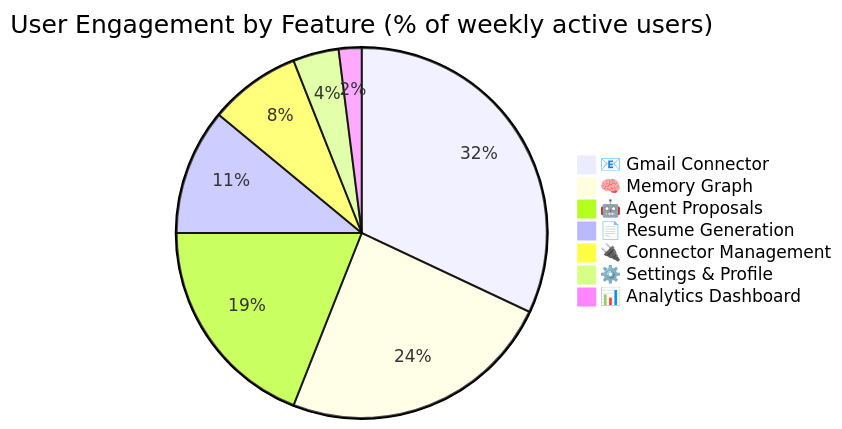
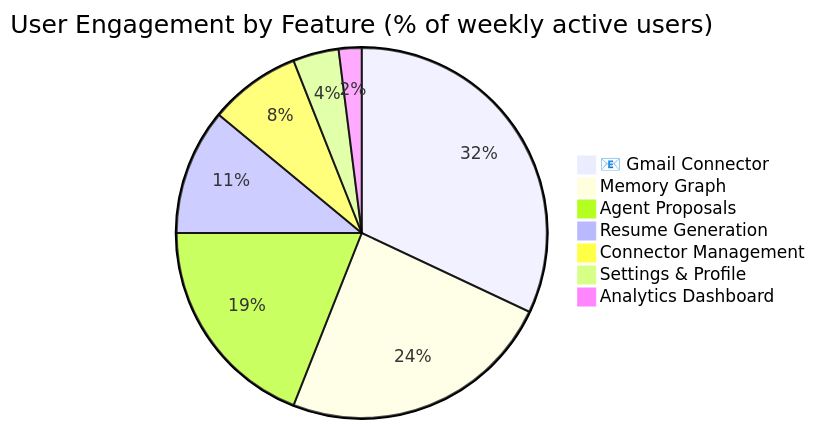
Before and after one commit to Driftloom/Vaeloom: the diagram in docs/product/Success-Metrics.md, drawn with Mermaid. The commit also changed 694 other files, not shown here.

First line of the commit message:
docs: mermaid standardization — encoding/mermaid/duplicate cleanup

````diff
--- a/docs/product/Success-Metrics.md
+++ b/docs/product/Success-Metrics.md
@@ -8,10 +8,10 @@
 ```mermaid
 pie title User Engagement by Feature (% of weekly active users)
-    "📧 Gmail Connector" : 32
-    "🧠 Memory Graph" : 24
-    "🤖 Agent Proposals" : 19
-    "📄 Resume Generation" : 11
-    "🔌 Connector Management" : 8
-    "⚙️ Settings & Profile" : 4
-    "📊 Analytics Dashboard" : 2
+ "📧 Gmail Connector" : 32
+ " Memory Graph" : 24
+ " Agent Proposals" : 19
+ " Resume Generation" : 11
+ " Connector Management" : 8
+ " Settings & Profile" : 4
+ " Analytics Dashboard" : 2
 ```
````
